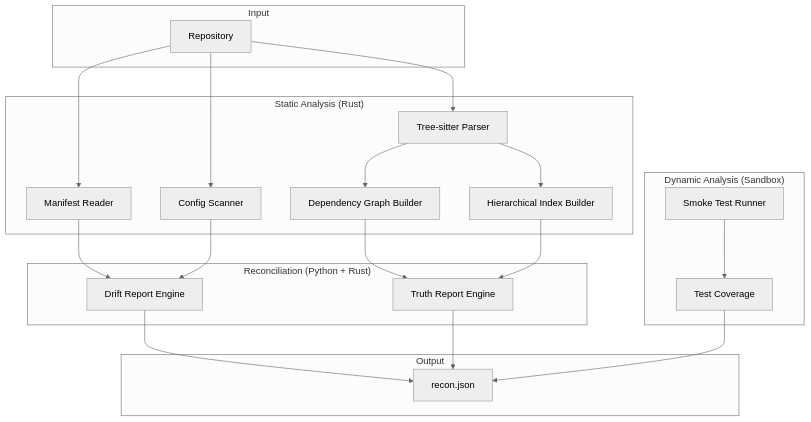
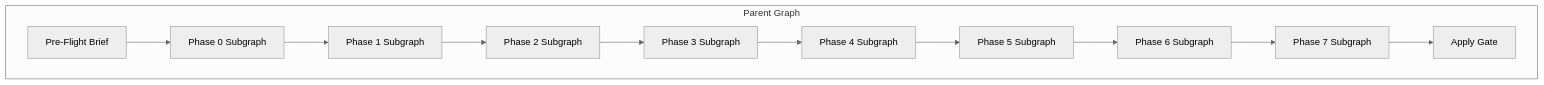
Diagram 18 of 25 in docs/04-architecture.md (arubara2021/CodeGuardian), drawn with Mermaid (neutral theme) before and after one commit. The commit also changed other lines of this file and 5 other files, not shown here.

````diff
--- a/docs/04-architecture.md
+++ b/docs/04-architecture.md
@@ -734,42 +1040,25 @@
 ```mermaid
 flowchart TB
-    subgraph Input
-        Repo[Repository]
+    subgraph Parent["Parent Graph"]
+        Pre[Pre-Flight Brief]
+        P0[Phase 0 Subgraph]
+        P1[Phase 1 Subgraph]
+        P2[Phase 2 Subgraph]
+        P3[Phase 3 Subgraph]
+        P4[Phase 4 Subgraph]
+        P5[Phase 5 Subgraph]
+        P6[Phase 6 Subgraph]
+        P7[Phase 7 Subgraph]
+        Apply[Apply Gate]
     end
 
-    subgraph Static["Static Analysis (Rust)"]
-        TS[Tree-sitter Parser]
-        DG[Dependency Graph Builder]
-        HI[Hierarchical Index Builder]
-        MR[Manifest Reader]
-        CS[Config Scanner]
-    end
-
-    subgraph Dynamic["Dynamic Analysis (Sandbox)"]
-        ST[Smoke Test Runner]
-        TC[Test Coverage]
-    end
-
-    subgraph Reconciliation["Reconciliation (Python + Rust)"]
-        TR[Truth Report Engine]
-        DR[Drift Report Engine]
-    end
-
-    subgraph Output
-        Recon[recon.json]
-    end
-
-    Repo --> TS
-    Repo --> MR
-    Repo --> CS
-    TS --> DG
-    TS --> HI
-    MR --> DR
-    CS --> DR
-    ST --> TC
-    DG --> TR
-    HI --> TR
-    DR --> Recon
-    TR --> Recon
-    TC --> Recon
+    Pre --> P0
+    P0 --> P1
+    P1 --> P2
+    P2 --> P3
+    P3 --> P4
+    P4 --> P5
+    P5 --> P6
+    P6 --> P7
+    P7 --> Apply
 ```
````
